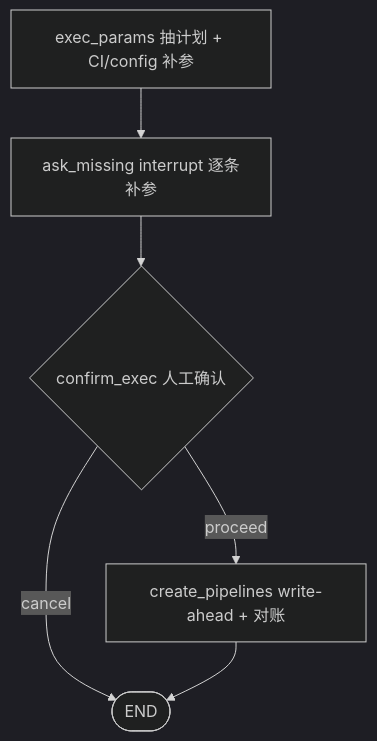
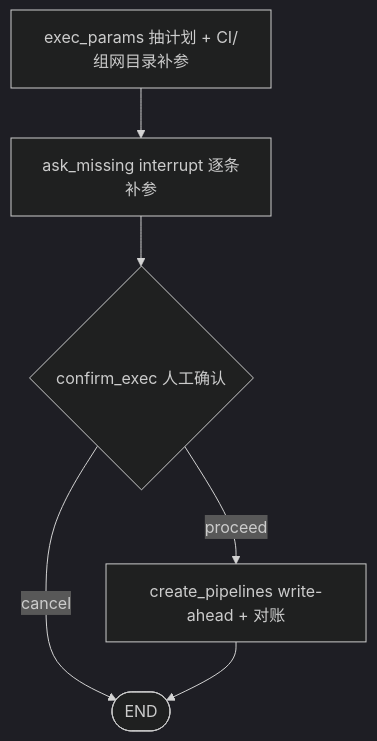
Before and after one commit to LuukkaToT/work_agent: the second of 3 diagrams in docs/interview-guide.md, drawn with Mermaid (dark theme). The commit also changed other lines of this file and 20 other files, not shown here.

````diff
--- a/docs/interview-guide.md
+++ b/docs/interview-guide.md
@@ -96,8 +96,8 @@
 ```mermaid
 flowchart TD
-  P["exec_params 抽计划 + CI/config 补参"] --> A["ask_missing interrupt 逐条补参"]
+  P["exec_params 抽计划 + CI/组网目录补参"] --> A["ask_missing interrupt 逐条补参"]
   A --> C{"confirm_exec 人工确认"}
   C -->|"cancel"| E(["END"])
   C -->|"proceed"| CR["create_pipelines write-ahead + 对账"]
   CR --> E
 ```
````
